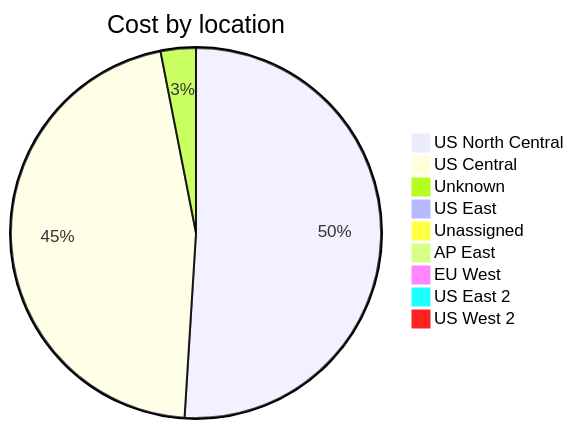
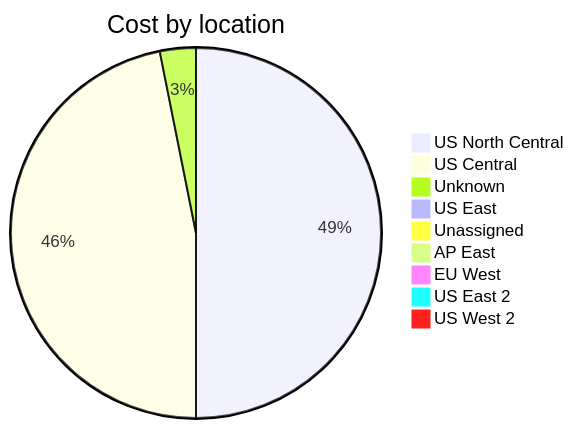
The third of 4 diagrams in cost-reports/accumulated-cost.md (jpfulton/azure-personal-reports), drawn with Mermaid before and after one commit. The commit also changed other lines of this file and 4 other files, not shown here.

````diff
--- a/cost-reports/accumulated-cost.md
+++ b/cost-reports/accumulated-cost.md
@@ -131,13 +131,13 @@
 ```mermaid
 pie
    title Cost by location
    "US North Central" : 15.77
-   "US Central" : 14.21
-   "Unknown" : 0.95
-   "US East" : 0.23
+   "US Central" : 14.78
+   "Unknown" : 0.99
+   "US East" : 0.24
    "Unassigned" : 0.10
    "AP East" : 0.00
    "EU West" : 0.00
    "US East 2" : 0.00
    "US West 2" : 0.00
 ```
````
